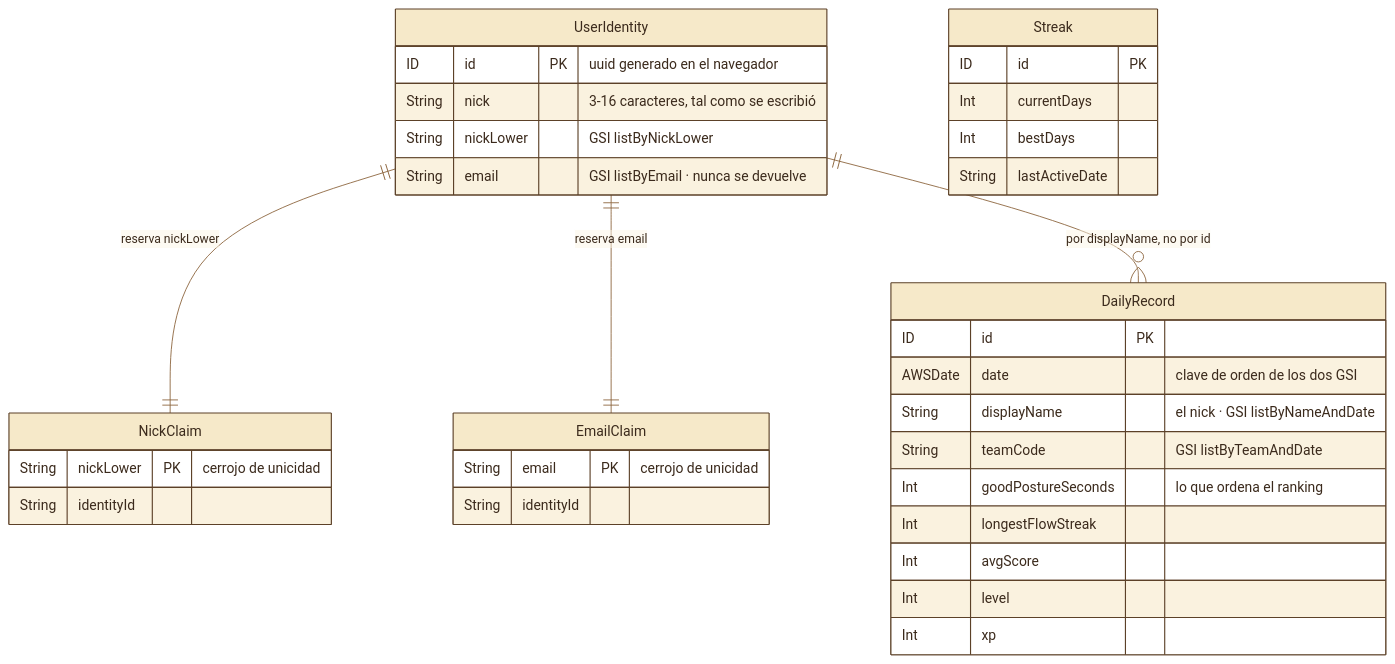
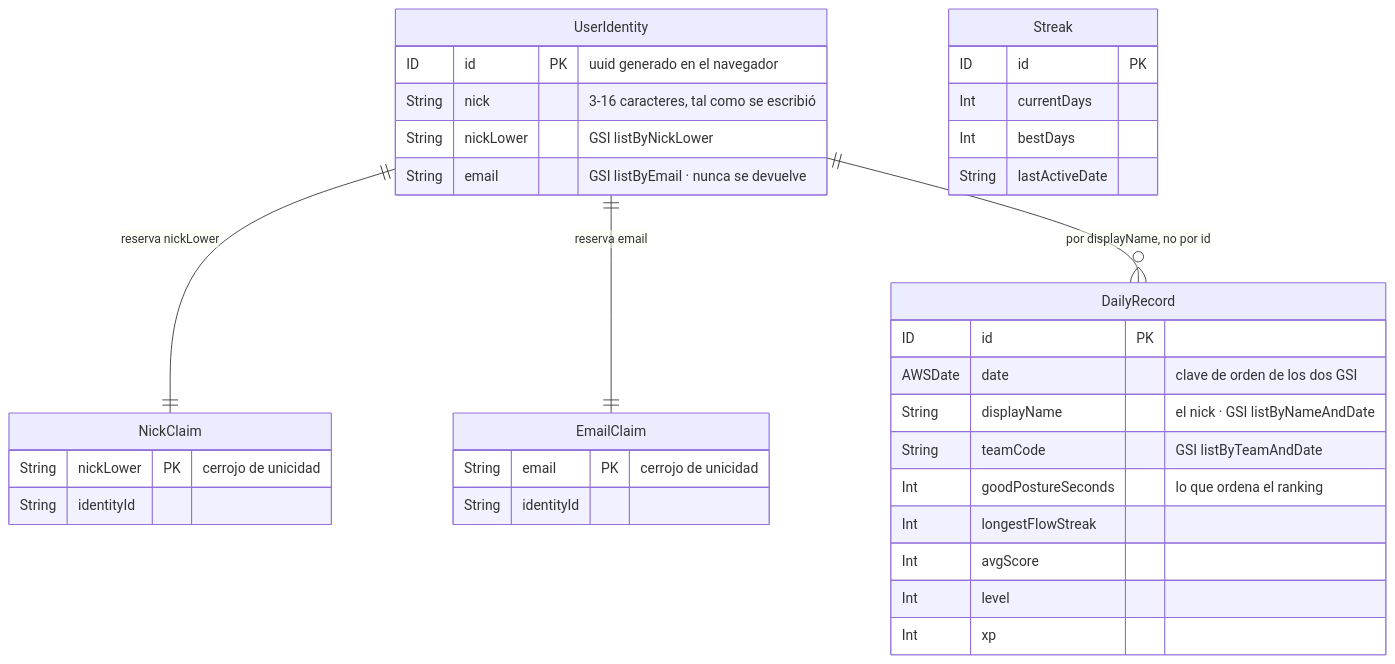
The tenth of 12 diagrams in docs/ARQUITECTURA.md (vicmaHo/spine-hero), drawn with Mermaid before and after one commit. The commit also changed other lines of this file, not shown here.

Commit message:
docs(fix): corrección de colores de diagramas

````diff
--- a/docs/ARQUITECTURA.md
+++ b/docs/ARQUITECTURA.md
@@ -428,38 +415,37 @@
 ```mermaid
-%%{init: {'theme':'base','themeVariables':{'fontFamily':'ui-sans-serif, system-ui, sans-serif','primaryColor':'#f6e9c9','primaryTextColor':'#3b2a1c','primaryBorderColor':'#5c4128','secondaryColor':'#efdcb4','tertiaryColor':'#fbf5e6','lineColor':'#8a6239','textColor':'#3b2a1c','mainBkg':'#f6e9c9','nodeBorder':'#5c4128','clusterBkg':'#fbf5e6','clusterBorder':'#c8ab74','compositeBackground':'#fbf5e6','compositeBorder':'#c8ab74','compositeTitleBackground':'#efdcb4','noteBkgColor':'#efdcb4','noteBorderColor':'#8a6239','noteTextColor':'#3b2a1c','labelBackgroundColor':'#f6e9c9','attributeBackgroundColorOdd':'#f6e9c9','attributeBackgroundColorEven':'#efdcb4'}}}%%
 erDiagram
   UserIdentity {
     ID id PK "uuid generado en el navegador"
     String nick "3-16 caracteres, tal como se escribió"
     String nickLower "GSI listByNickLower"
     String email "GSI listByEmail · nunca se devuelve"
   }
   NickClaim {
     String nickLower PK "cerrojo de unicidad"
     String identityId
   }
   EmailClaim {
     String email PK "cerrojo de unicidad"
     String identityId
   }
   DailyRecord {
     ID id PK
     AWSDate date "clave de orden de los dos GSI"
     String displayName "el nick · GSI listByNameAndDate"
     String teamCode "GSI listByTeamAndDate"
     Int goodPostureSeconds "lo que ordena el ranking"
     Int longestFlowStreak
     Int avgScore
     Int level
     Int xp
   }
   Streak {
     ID id PK
     Int currentDays
     Int bestDays
     String lastActiveDate
   }
   UserIdentity ||--|| NickClaim: "reserva nickLower"
   UserIdentity ||--|| EmailClaim: "reserva email"
   UserIdentity ||--o{ DailyRecord: "por displayName, no por id"
 ```
````
